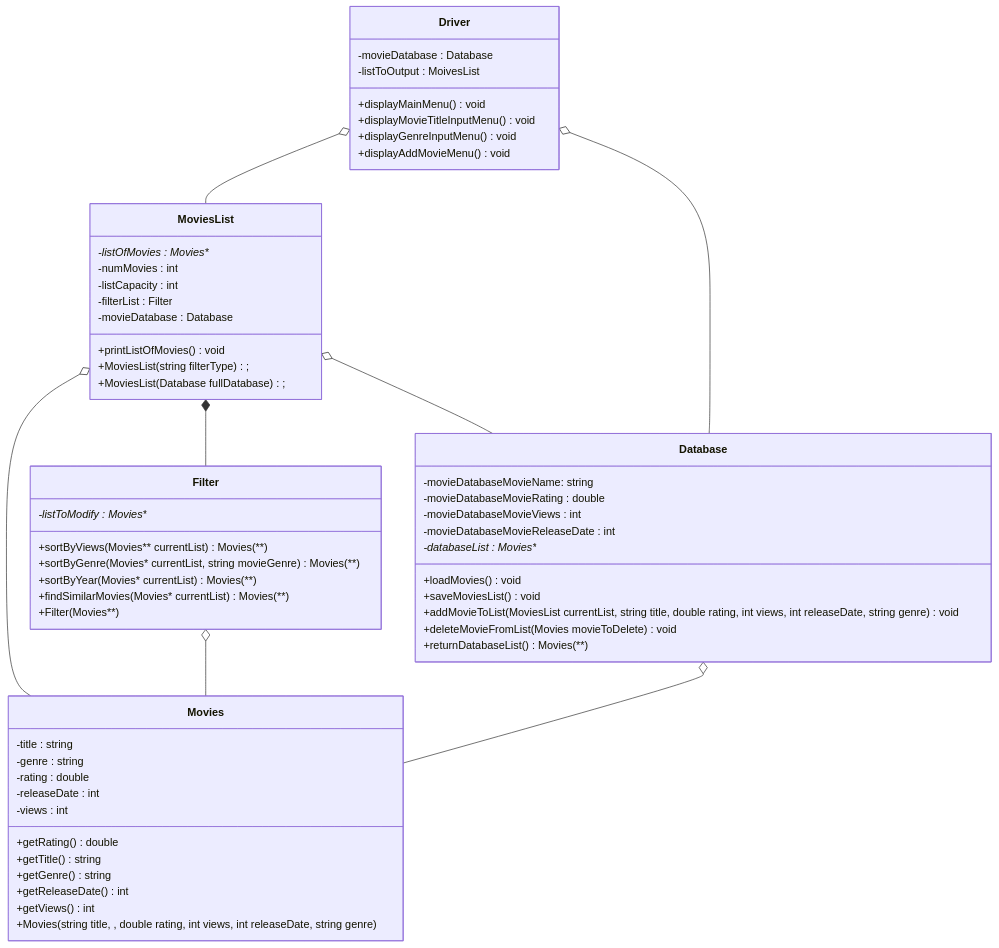
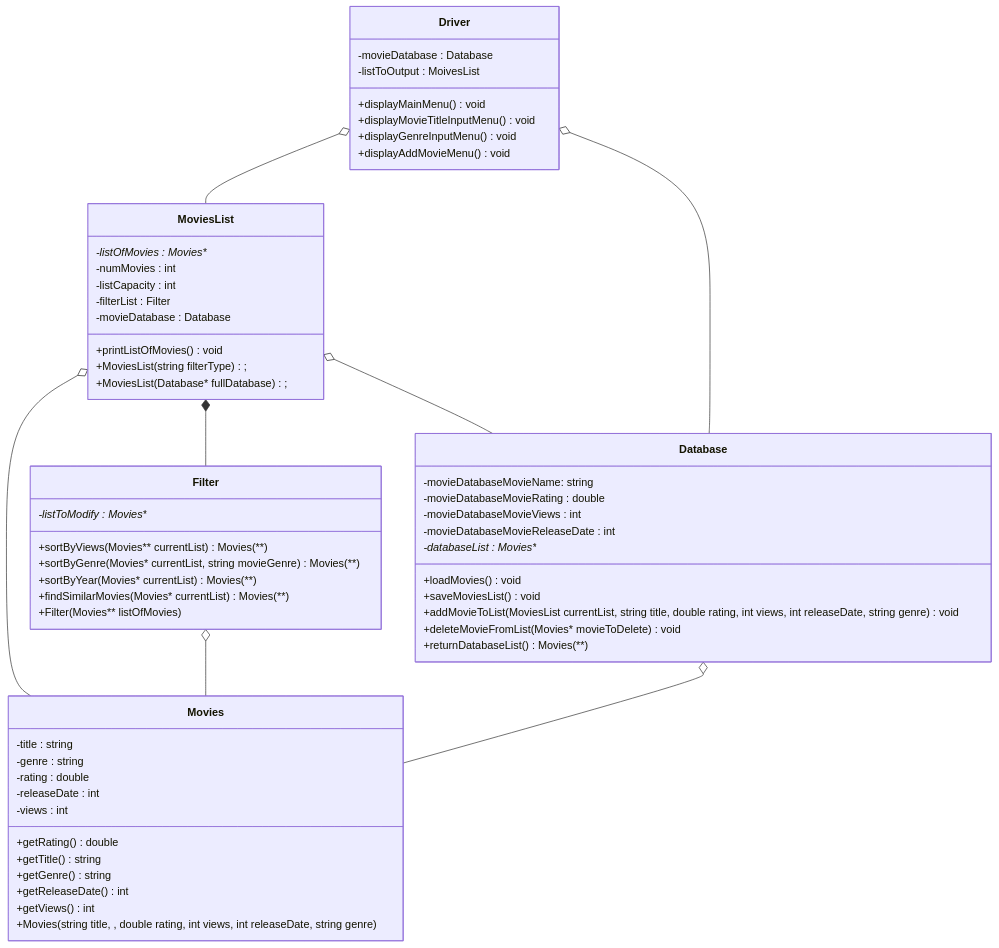
One commit to ssant096/Movie-Recommeder changed the diagram in README.md. Above: the diagram before and after it, drawn with Mermaid.

Commit message:
Updated UML diagram

````diff
--- a/README.md
+++ b/README.md
@@ -19,63 +19,63 @@
 ```mermaid
  classDiagram
  MoviesList o-- Movies
  MoviesList *-- Filter
  Driver o-- MoviesList
  MoviesList o-- Database
  Driver o-- Database
  Filter o-- Movies
  Database o-- Movies
  
  class Driver{
    -movieDatabase : Database
    -listToOutput : MoivesList
    +displayMainMenu() void
    +displayMovieTitleInputMenu() void
    +displayGenreInputMenu() void
    +displayAddMovieMenu() void
  }
  class Database{
    -movieDatabaseMovieName: string
    -movieDatabaseMovieRating : double
    -movieDatabaseMovieViews : int
    -movieDatabaseMovieReleaseDate : int
    -databaseList : Movies**
    +loadMovies() void
    +saveMoviesList() void
    +addMovieToList(MoviesList currentList, string title, double rating, int views, int releaseDate, string genre) void
-   +deleteMovieFromList(Movies movieToDelete) void
+   +deleteMovieFromList(Movies* movieToDelete) void
    +returnDatabaseList() : Movies(**)
  }
  class Movies{
    -title : string
    -genre : string
    -rating : double
    -releaseDate : int
    -views : int
    +getRating() double
    +getTitle() string
    +getGenre() string
    +getReleaseDate() int
    +getViews() int
    +Movies(string title, , double rating, int views, int releaseDate, string genre) 
  }
  class MoviesList{
    -listOfMovies : Movies**
    -numMovies : int
    -listCapacity : int
    -filterList : Filter
    -movieDatabase : Database
    +printListOfMovies() void
    +MoviesList(string filterType);
-   +MoviesList(Database fullDatabase);
+   +MoviesList(Database* fullDatabase);
  }
  class Filter{
    -listToModify : Movies**
    +sortByViews(Movies** currentList) : Movies(**)
    +sortByGenre(Movies* currentList, string movieGenre) : Movies(**)
    +sortByYear(Movies* currentList) : Movies(**)
    +findSimilarMovies(Movies* currentList) : Movies(**)
-   +Filter(Movies**)
+   +Filter(Movies** listOfMovies)
  }
  
  ```
````
